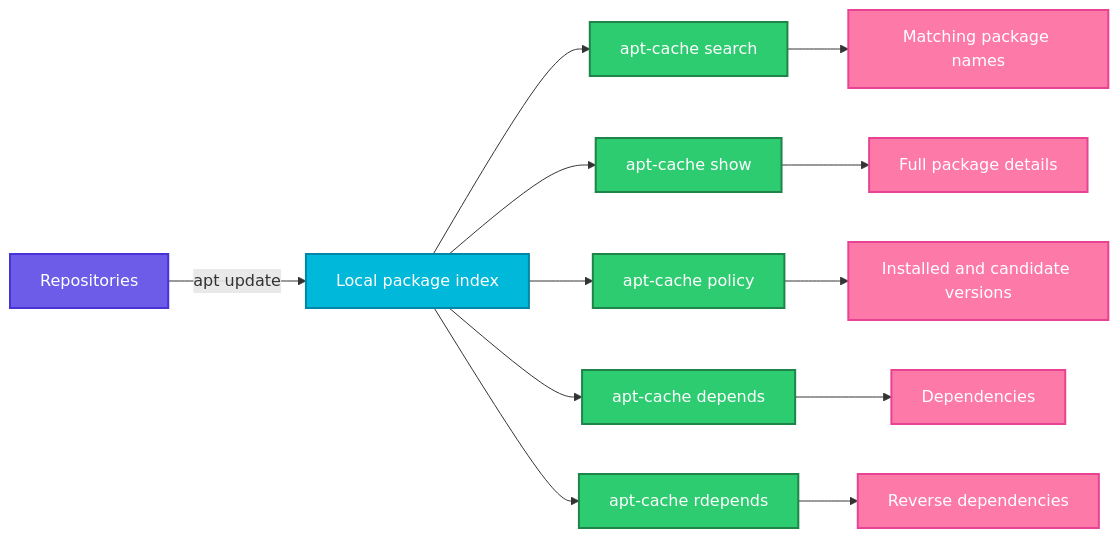
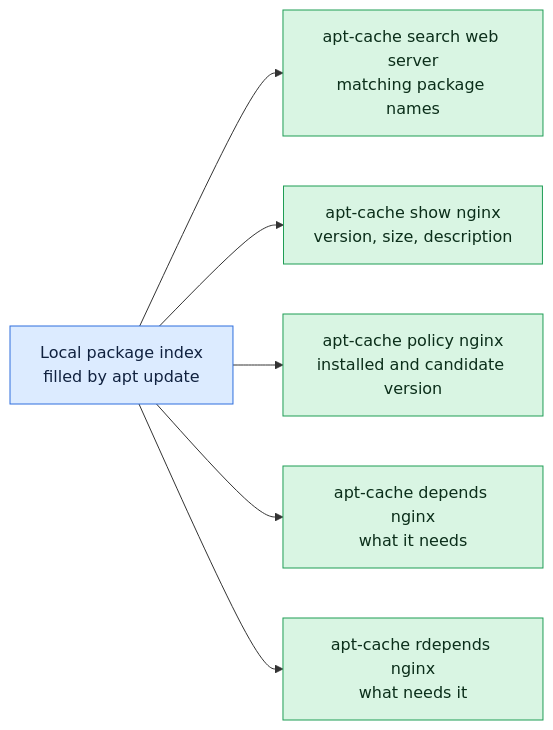
One commit to codeKerdosTech/DevOps-Documentation changed the diagram in linux/package-management/apt-cache.md. Above: the diagram before and after it, drawn with Mermaid. The commit also changed other lines of this file and 165 other files, not shown here.

Commit message:
updated diagrams in linux

````diff
--- a/linux/package-management/apt-cache.md
+++ b/linux/package-management/apt-cache.md
@@ -28,22 +28,15 @@
 ```mermaid
 flowchart LR
-    A[Repositories] -->|apt update| B[Local package index]
-    B --> C[apt-cache search]
-    B --> D[apt-cache show]
-    B --> E[apt-cache policy]
-    B --> F[apt-cache depends]
-    B --> G[apt-cache rdepends]
-    C --> H[Matching package names]
-    D --> I[Full package details]
-    E --> J[Installed and candidate versions]
-    F --> K[Dependencies]
-    G --> L[Reverse dependencies]
-    classDef start fill:#6C5CE7,stroke:#4834D4,stroke-width:2px,color:#fff
-    classDef proc fill:#00B8D9,stroke:#0087A8,stroke-width:2px,color:#fff
-    classDef ok fill:#2ECC71,stroke:#1E8449,stroke-width:2px,color:#fff
-    classDef out fill:#FD79A8,stroke:#E84393,stroke-width:2px,color:#fff
-    class A start
-    class B proc
-    class C,D,E,F,G ok
-    class H,I,J,K,L out
+    i1[Local package index<br/>filled by apt update] --> o1[apt-cache search web server<br/>matching package names]
+    i1 --> o2[apt-cache show nginx<br/>version, size, description]
+    i1 --> o3[apt-cache policy nginx<br/>installed and candidate version]
+    i1 --> o4[apt-cache depends nginx<br/>what it needs]
+    i1 --> o5[apt-cache rdepends nginx<br/>what needs it]
+    classDef inp fill:#DCEBFF,stroke:#2F6FDE,color:#10213F
+    classDef cmd fill:#FFF0C2,stroke:#C98A00,color:#3A2A00
+    classDef out fill:#D9F5E3,stroke:#1F9D55,color:#0B2E1A
+    classDef bad fill:#FDE0E0,stroke:#D13B3B,color:#4A0F0F
+    classDef note fill:#ECEFF3,stroke:#7B8794,color:#1F2933
+    class i1 inp
+    class o1,o2,o3,o4,o5 out
 ```
````
